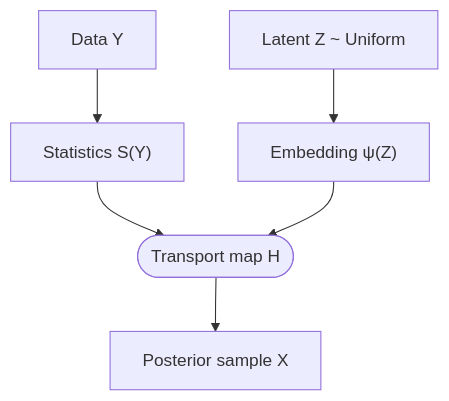
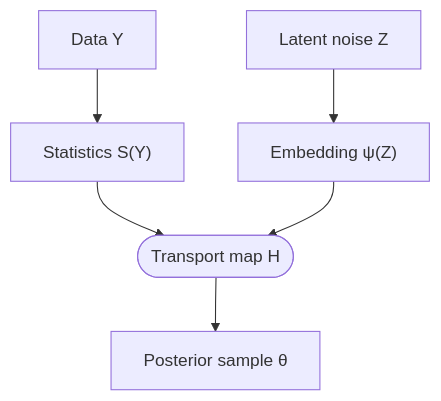
The diagram in fig/mermaid/21-qnn-transport-map.mmd (VadimSokolov/bayes_ai_deep_learning), drawn with Mermaid before and after one commit. The commit also changed 1241 other files, not shown here.

```diff
--- a/fig/mermaid/21-qnn-transport-map.mmd
+++ b/fig/mermaid/21-qnn-transport-map.mmd
@@ -1,6 +1,6 @@
 flowchart TB
     Y["Data Y"] --> S["Statistics S(Y)"]
-    Z["Latent Z ~ Uniform"] --> E["Embedding ψ(Z)"]
+    Z["Latent noise Z"] --> E["Embedding ψ(Z)"]
     S --> H(["Transport map H"])
     E --> H
-    H --> X["Posterior sample X"]
+    H --> X["Posterior sample θ"]
```
